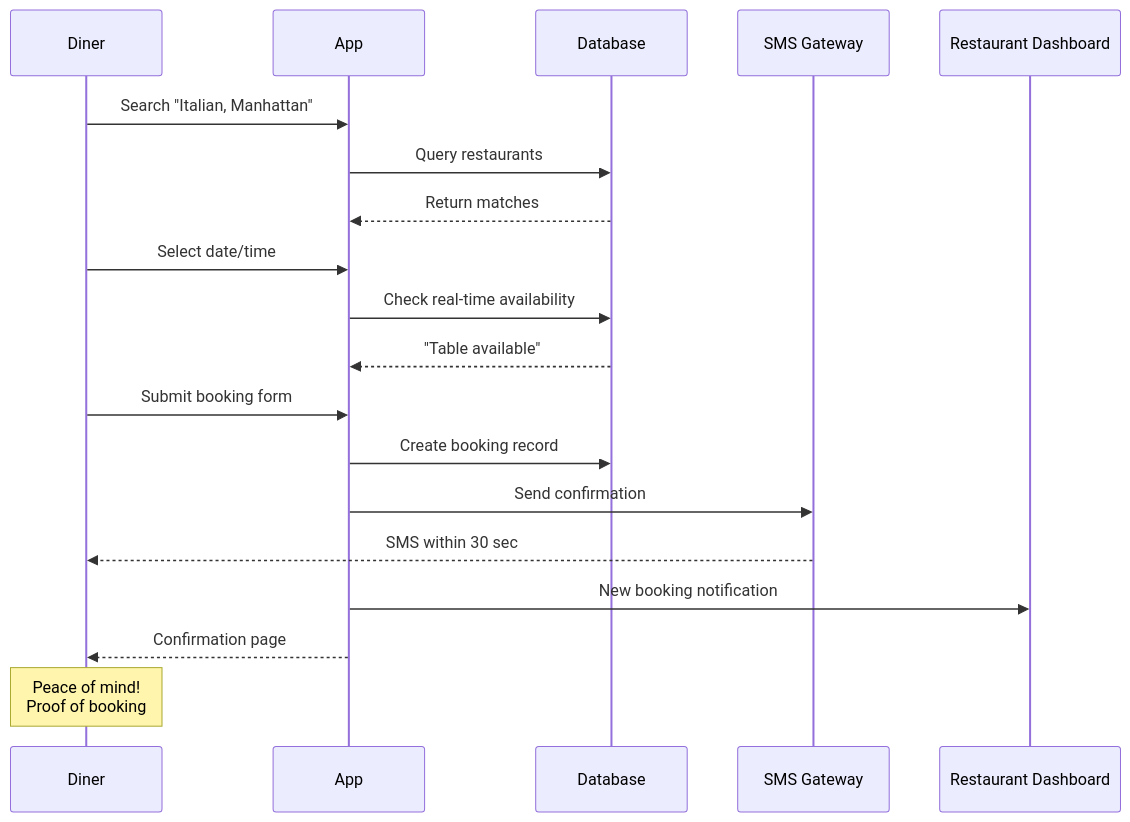
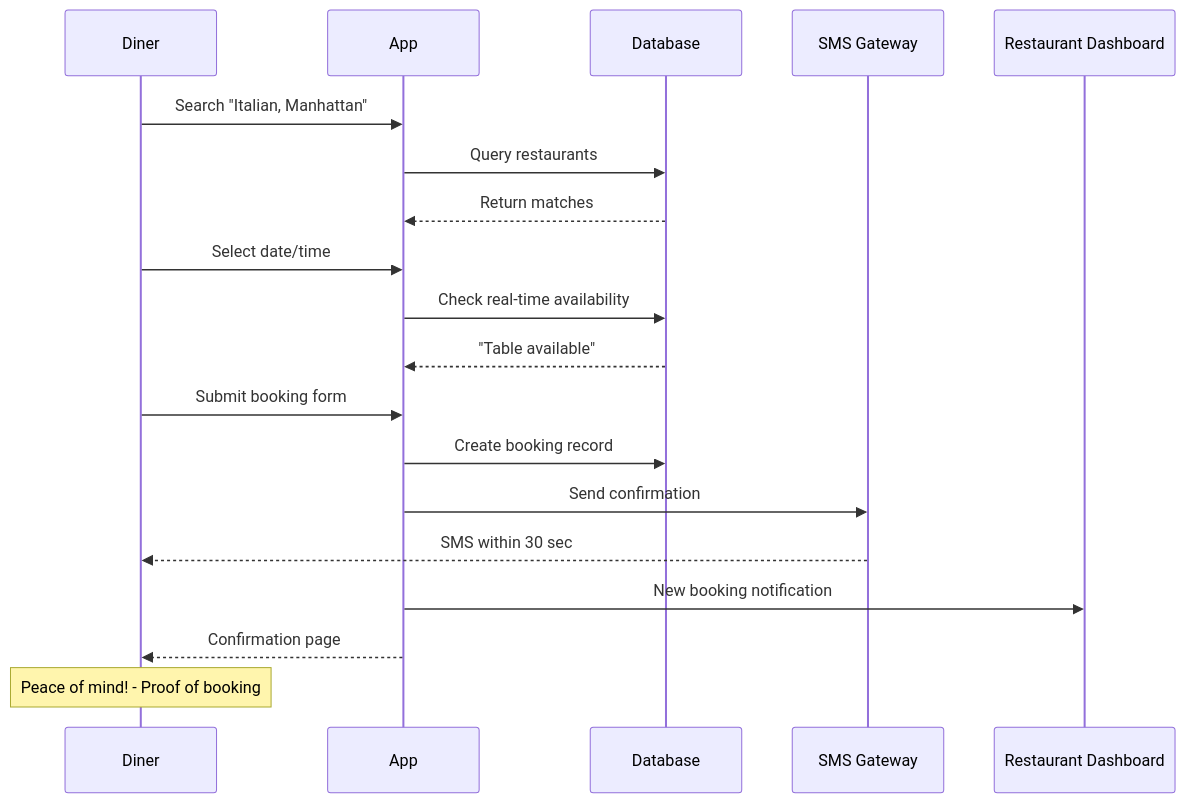
Before and after one commit to codezelaca/pm-ba-lifecycle: the fifth of 5 diagrams in 01-curriculum/03-strategy-analysis.md, drawn with Mermaid. The commit also changed other lines of this file and 11 other files, not shown here.

Commit message:
docs: standardize multi-line text formatting in diagrams and tables by replacing HTML line breaks with hyphens.

````diff
--- a/01-curriculum/03-strategy-analysis.md
+++ b/01-curriculum/03-strategy-analysis.md
@@ -234,22 +234,22 @@
 ```mermaid
 sequenceDiagram
     participant Diner
     participant App
     participant Database
     participant SMS Gateway
     participant Restaurant Dashboard
 
     Diner->>App: Search "Italian, Manhattan"
     App->>Database: Query restaurants
     Database-->>App: Return matches
     Diner->>App: Select date/time
     App->>Database: Check real-time availability
     Database-->>App: "Table available"
     Diner->>App: Submit booking form
     App->>Database: Create booking record
     App->>SMS Gateway: Send confirmation
     SMS Gateway-->>Diner: SMS within 30 sec
     App->>Restaurant Dashboard: New booking notification
     App-->>Diner: Confirmation page
-    Note over Diner: Peace of mind!<br/>Proof of booking
+    Note over Diner: Peace of mind! - Proof of booking
 ```
````
